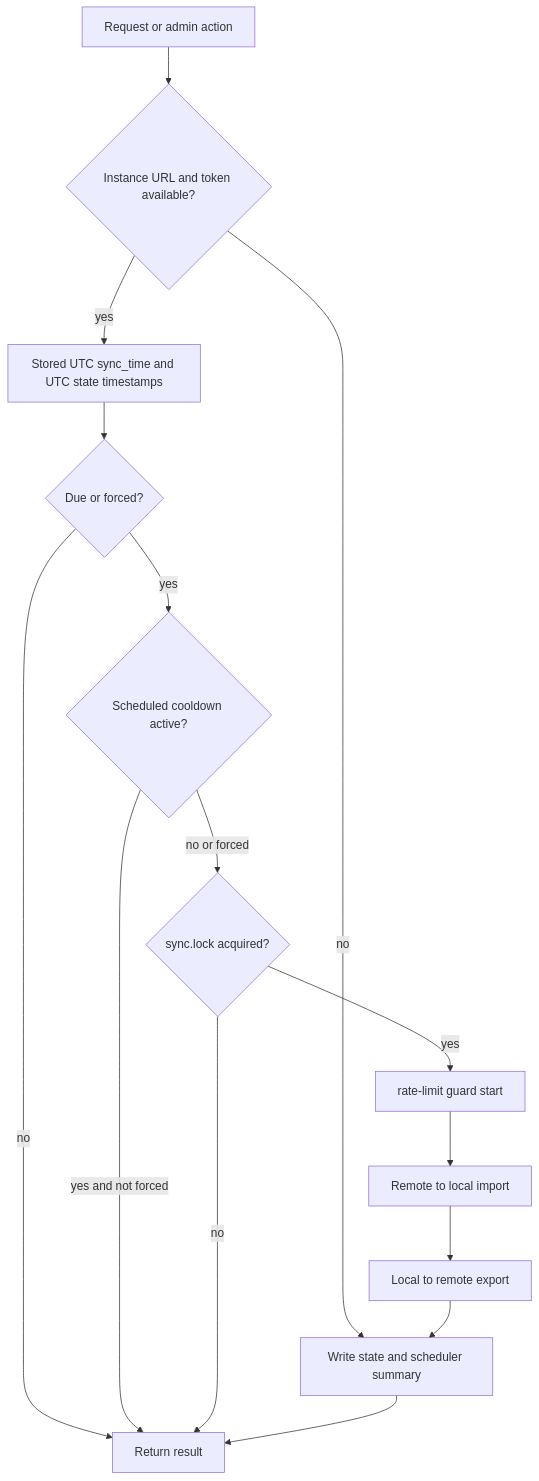
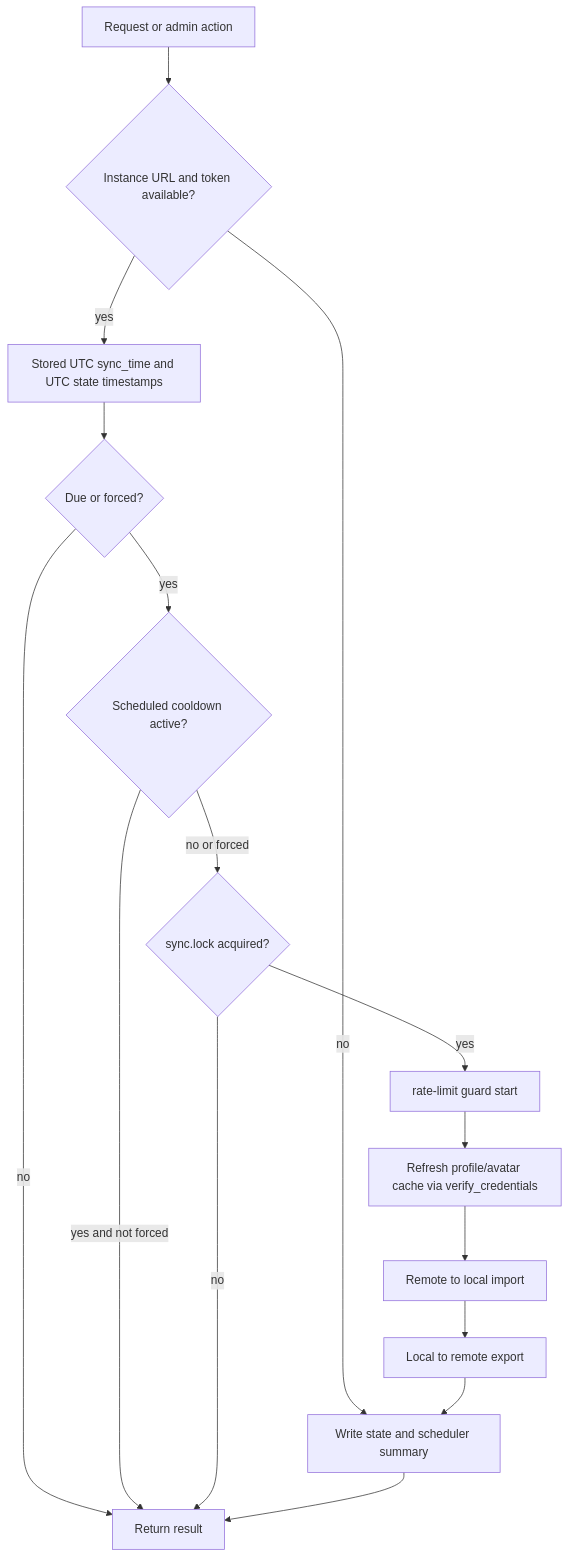
The third of 8 diagrams in fp-plugins/mastodon/developer-docs/01-Process-Map.md (flatpressblog/flatpress), drawn with Mermaid before and after one commit. The commit also changed other lines of this file and 27 other files, not shown here.

````diff
--- a/fp-plugins/mastodon/developer-docs/01-Process-Map.md
+++ b/fp-plugins/mastodon/developer-docs/01-Process-Map.md
@@ -69,28 +113,30 @@
 ```mermaid
 flowchart TD
     Start[Request or admin action]
     Config{Instance URL and token available?}
     TimeBasis[Stored UTC sync_time and UTC state timestamps]
     Due{Due or forced?}
     Cooldown{Scheduled cooldown active?}
     Lock{sync.lock acquired?}
     Guard[rate-limit guard start]
+    Profile[Refresh profile/avatar cache via verify_credentials]
     Remote[Remote to local import]
     Local[Local to remote export]
     Write[Write state and scheduler summary]
     Stop[Return result]
 
     Start --> Config
     Config -- no --> Write
     Config -- yes --> TimeBasis --> Due
     Due -- no --> Stop
     Due -- yes --> Cooldown
     Cooldown -- yes and not forced --> Stop
     Cooldown -- no or forced --> Lock
     Lock -- no --> Stop
     Lock -- yes --> Guard
-    Guard --> Remote
+    Guard --> Profile
+    Profile --> Remote
     Remote --> Local
     Local --> Write
     Write --> Stop
 ```
````
